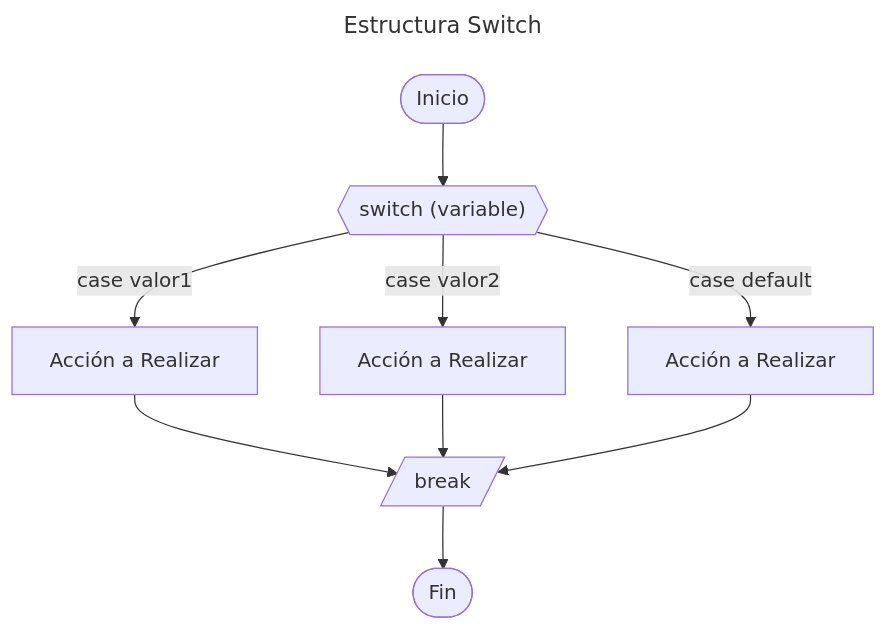
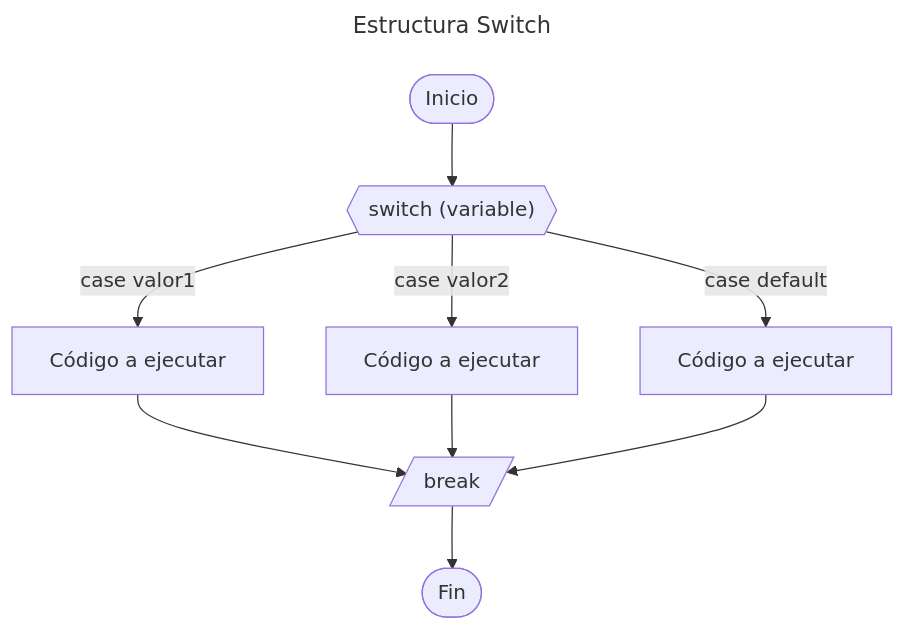
One commit to EnriqueChavezM/cpp-labs-and-tutorials changed the fourth of 7 diagrams in 01_Fundamentos/05_Estructuras_de_Control/01_Estructuras_de_Control.md. Above: the diagram before and after it, drawn with Mermaid. The commit also changed other lines of this file and 3 other files, not shown here.

````diff
--- a/01_Fundamentos/05_Estructuras_de_Control/01_Estructuras_de_Control.md
+++ b/01_Fundamentos/05_Estructuras_de_Control/01_Estructuras_de_Control.md
@@ -141,14 +146,14 @@
 ```mermaid
 ---
 title: Estructura Switch
 ---
 graph TD
     A(["Inicio"]) --> B{{"switch  (variable)"}}
-    B -- case valor1 --> C["Acción a Realizar"]
-    B -- case valor2 --> D["Acción a Realizar"]
-    B -- case default --> E["Acción a Realizar"]
+    B -- case valor1 --> C["Código a ejecutar"]
+    B -- case valor2 --> D["Código a ejecutar"]
+    B -- case default --> E["Código a ejecutar"]
     C --> F[/"break"/]
     D --> F
     E --> F
     F --> G([Fin])
 ```
````
